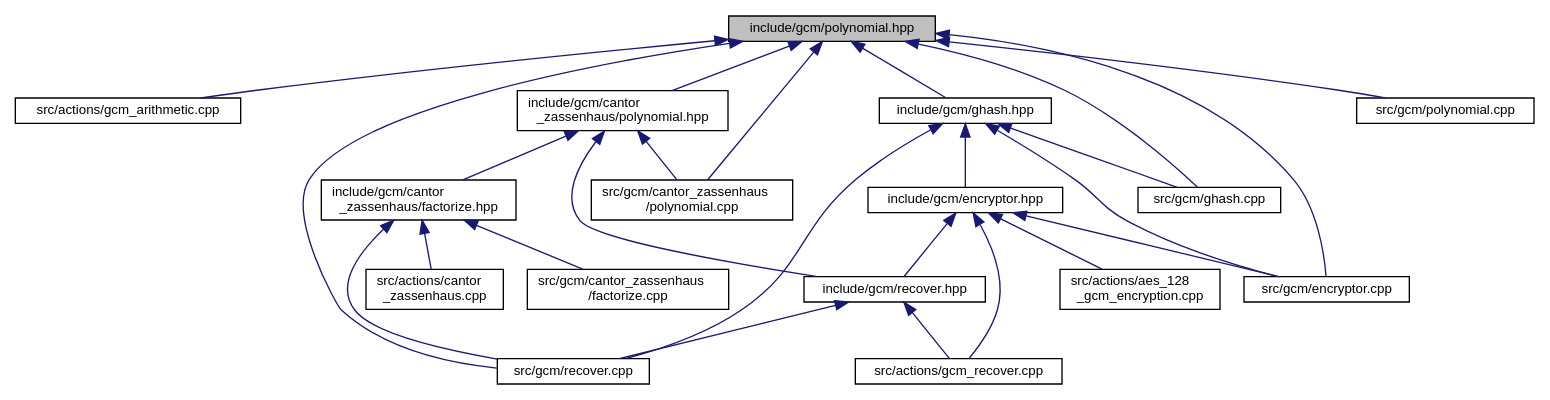
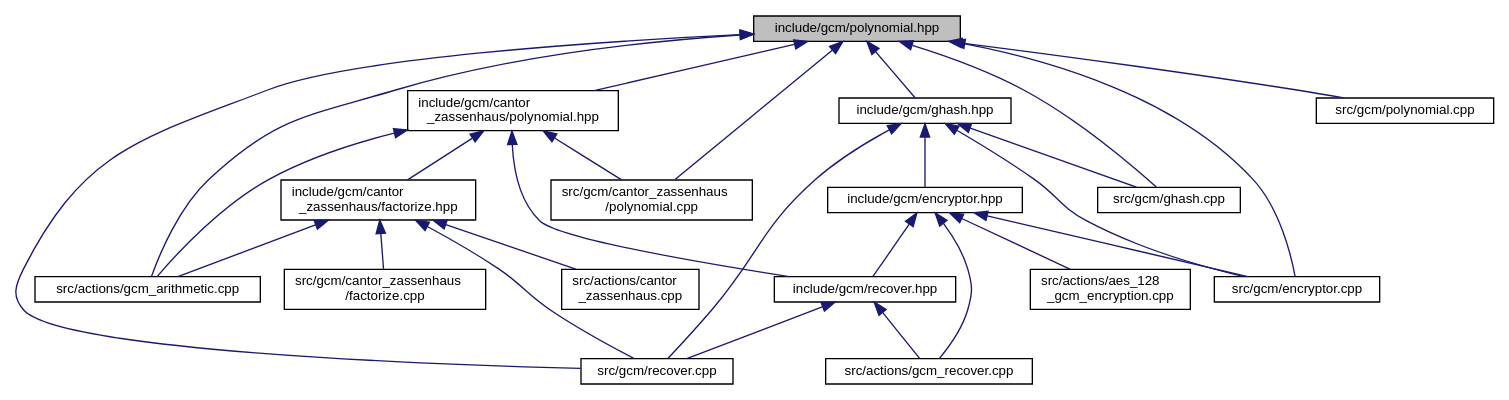
Before and after one commit to frereit/KauMA: the diagram in polynomial_8hpp__dep__incl.dot, drawn with Graphviz. The commit also changed 98 other files, not shown here.

```diff
--- a/polynomial_8hpp__dep__incl.dot
+++ b/polynomial_8hpp__dep__incl.dot
@@ -1,46 +1,48 @@
 digraph "include/gcm/polynomial.hpp"
 {
  // LATEX_PDF_SIZE
   edge [fontname="Helvetica",fontsize="10",labelfontname="Helvetica",labelfontsize="10"];
   node [fontname="Helvetica",fontsize="10",shape=record];
   Node1 [label="include/gcm/polynomial.hpp",height=0.2,width=0.4,color="black", fillcolor="grey75", style="filled", fontcolor="black",tooltip=" "];
   Node1 -> Node2 [dir="back",color="midnightblue",fontsize="10",style="solid",fontname="Helvetica"];
   Node2 [label="src/actions/gcm_arithmetic.cpp",height=0.2,width=0.4,color="black", fillcolor="white", style="filled",URL="$gcm__arithmetic_8cpp.html",tooltip=" "];
   Node1 -> Node3 [dir="back",color="midnightblue",fontsize="10",style="solid",fontname="Helvetica"];
   Node3 [label="src/gcm/cantor_zassenhaus\l/polynomial.cpp",height=0.2,width=0.4,color="black", fillcolor="white", style="filled",URL="$cantor__zassenhaus_2polynomial_8cpp.html",tooltip=" "];
   Node1 -> Node4 [dir="back",color="midnightblue",fontsize="10",style="solid",fontname="Helvetica"];
   Node4 [label="src/gcm/encryptor.cpp",height=0.2,width=0.4,color="black", fillcolor="white", style="filled",URL="$encryptor_8cpp.html",tooltip=" "];
   Node1 -> Node5 [dir="back",color="midnightblue",fontsize="10",style="solid",fontname="Helvetica"];
   Node5 [label="src/gcm/ghash.cpp",height=0.2,width=0.4,color="black", fillcolor="white", style="filled",URL="$ghash_8cpp.html",tooltip=" "];
   Node1 -> Node6 [dir="back",color="midnightblue",fontsize="10",style="solid",fontname="Helvetica"];
   Node6 [label="src/gcm/polynomial.cpp",height=0.2,width=0.4,color="black", fillcolor="white", style="filled",URL="$polynomial_8cpp.html",tooltip=" "];
   Node1 -> Node7 [dir="back",color="midnightblue",fontsize="10",style="solid",fontname="Helvetica"];
   Node7 [label="src/gcm/recover.cpp",height=0.2,width=0.4,color="black", fillcolor="white", style="filled",URL="$recover_8cpp.html",tooltip=" "];
   Node1 -> Node8 [dir="back",color="midnightblue",fontsize="10",style="solid",fontname="Helvetica"];
   Node8 [label="include/gcm/cantor\l_zassenhaus/polynomial.hpp",height=0.2,width=0.4,color="black", fillcolor="white", style="filled",URL="$cantor__zassenhaus_2polynomial_8hpp.html",tooltip=" "];
+  Node8 -> Node2 [dir="back",color="midnightblue",fontsize="10",style="solid",fontname="Helvetica"];
   Node8 -> Node3 [dir="back",color="midnightblue",fontsize="10",style="solid",fontname="Helvetica"];
   Node8 -> Node9 [dir="back",color="midnightblue",fontsize="10",style="solid",fontname="Helvetica"];
   Node9 [label="include/gcm/cantor\l_zassenhaus/factorize.hpp",height=0.2,width=0.4,color="black", fillcolor="white", style="filled",URL="$factorize_8hpp.html",tooltip=" "];
   Node9 -> Node10 [dir="back",color="midnightblue",fontsize="10",style="solid",fontname="Helvetica"];
   Node10 [label="src/actions/cantor\l_zassenhaus.cpp",height=0.2,width=0.4,color="black", fillcolor="white", style="filled",URL="$cantor__zassenhaus_8cpp.html",tooltip=" "];
+  Node9 -> Node2 [dir="back",color="midnightblue",fontsize="10",style="solid",fontname="Helvetica"];
   Node9 -> Node11 [dir="back",color="midnightblue",fontsize="10",style="solid",fontname="Helvetica"];
   Node11 [label="src/gcm/cantor_zassenhaus\l/factorize.cpp",height=0.2,width=0.4,color="black", fillcolor="white", style="filled",URL="$factorize_8cpp.html",tooltip=" "];
   Node9 -> Node7 [dir="back",color="midnightblue",fontsize="10",style="solid",fontname="Helvetica"];
   Node8 -> Node12 [dir="back",color="midnightblue",fontsize="10",style="solid",fontname="Helvetica"];
   Node12 [label="include/gcm/recover.hpp",height=0.2,width=0.4,color="black", fillcolor="white", style="filled",URL="$recover_8hpp.html",tooltip=" "];
   Node12 -> Node13 [dir="back",color="midnightblue",fontsize="10",style="solid",fontname="Helvetica"];
   Node13 [label="src/actions/gcm_recover.cpp",height=0.2,width=0.4,color="black", fillcolor="white", style="filled",URL="$gcm__recover_8cpp.html",tooltip=" "];
   Node12 -> Node7 [dir="back",color="midnightblue",fontsize="10",style="solid",fontname="Helvetica"];
   Node1 -> Node14 [dir="back",color="midnightblue",fontsize="10",style="solid",fontname="Helvetica"];
   Node14 [label="include/gcm/ghash.hpp",height=0.2,width=0.4,color="black", fillcolor="white", style="filled",URL="$ghash_8hpp.html",tooltip=" "];
   Node14 -> Node4 [dir="back",color="midnightblue",fontsize="10",style="solid",fontname="Helvetica"];
   Node14 -> Node5 [dir="back",color="midnightblue",fontsize="10",style="solid",fontname="Helvetica"];
   Node14 -> Node7 [dir="back",color="midnightblue",fontsize="10",style="solid",fontname="Helvetica"];
   Node14 -> Node15 [dir="back",color="midnightblue",fontsize="10",style="solid",fontname="Helvetica"];
   Node15 [label="include/gcm/encryptor.hpp",height=0.2,width=0.4,color="black", fillcolor="white", style="filled",URL="$encryptor_8hpp.html",tooltip=" "];
   Node15 -> Node16 [dir="back",color="midnightblue",fontsize="10",style="solid",fontname="Helvetica"];
   Node16 [label="src/actions/aes_128\l_gcm_encryption.cpp",height=0.2,width=0.4,color="black", fillcolor="white", style="filled",URL="$aes__128__gcm__encryption_8cpp.html",tooltip=" "];
   Node15 -> Node13 [dir="back",color="midnightblue",fontsize="10",style="solid",fontname="Helvetica"];
   Node15 -> Node4 [dir="back",color="midnightblue",fontsize="10",style="solid",fontname="Helvetica"];
   Node15 -> Node12 [dir="back",color="midnightblue",fontsize="10",style="solid",fontname="Helvetica"];
 }
```
